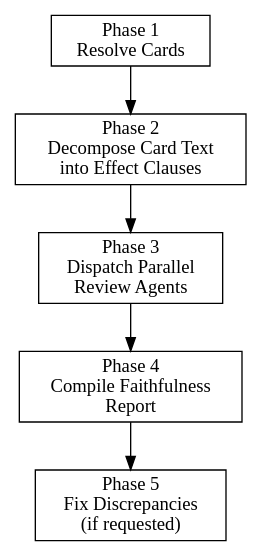
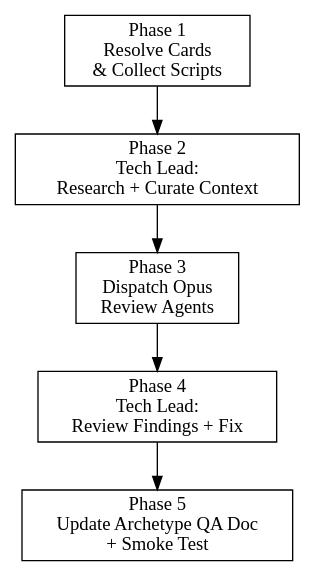
One commit to mammalwithashell/digimon-deck-list-builder changed the diagram in .claude/skills/review-archetype/SKILL.md. Above: the diagram before and after it, drawn with Graphviz. The commit also changed other lines of this file and 52 other files, not shown here.

First line of the commit message:
fix 51 card scripts across 8 archetypes for faithfulness

````diff
--- a/.claude/skills/review-archetype/SKILL.md
+++ b/.claude/skills/review-archetype/SKILL.md
@@ -20,12 +32,12 @@
 ```dot
 digraph review_flow {
   rankdir=TB;
-  resolve [label="Phase 1\nResolve Cards" shape=box];
-  decompose [label="Phase 2\nDecompose Card Text\ninto Effect Clauses" shape=box];
-  dispatch [label="Phase 3\nDispatch Parallel\nReview Agents" shape=box];
-  compile [label="Phase 4\nCompile Faithfulness\nReport" shape=box];
-  fix [label="Phase 5\nFix Discrepancies\n(if requested)" shape=box];
+  resolve [label="Phase 1\nResolve Cards\n& Collect Scripts" shape=box];
+  techlead [label="Phase 2\nTech Lead:\nResearch + Curate Context" shape=box];
+  dispatch [label="Phase 3\nDispatch Opus\nReview Agents" shape=box];
+  review [label="Phase 4\nTech Lead:\nReview Findings + Fix" shape=box];
+  compile [label="Phase 5\nUpdate Archetype QA Doc\n+ Smoke Test" shape=box];
 
-  resolve -> decompose -> dispatch -> compile -> fix;
+  resolve -> techlead -> dispatch -> review -> compile;
 }
 ```
````
